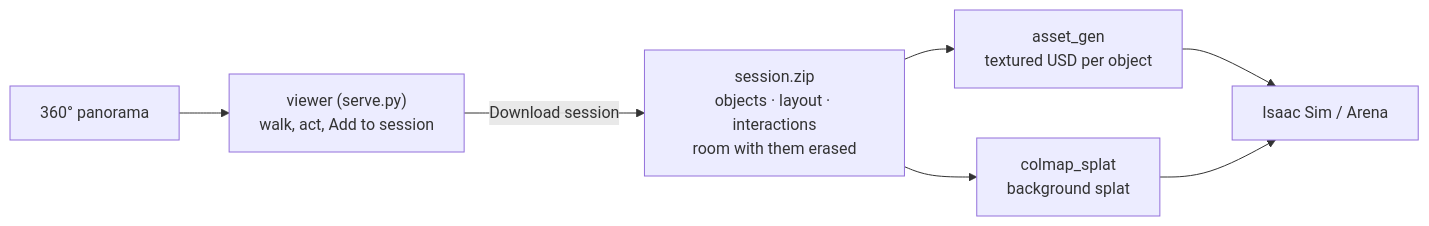
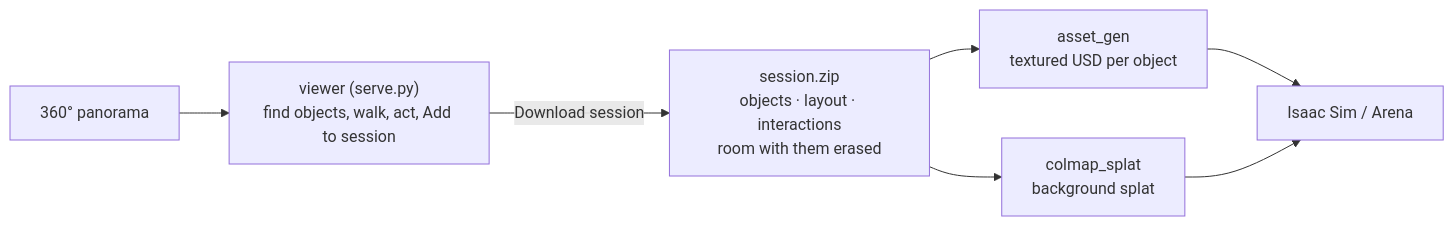
The diagram in sim/pano_ideate/README.md (cnboonhan/data-flywheel), drawn with Mermaid before and after one commit. The commit also changed other lines of this file and 5 other files, not shown here.

````diff
--- a/sim/pano_ideate/README.md
+++ b/sim/pano_ideate/README.md
@@ -7,9 +7,9 @@
 ```mermaid
 flowchart LR
-  P["360° panorama"] --> V["viewer (serve.py)<br/>walk, act, Add to session"]
+  P["360° panorama"] --> V["viewer (serve.py)<br/>find objects, walk, act, Add to session"]
   V -->|Download session| Z["session.zip<br/>objects · layout · interactions<br/>room with them erased"]
   Z --> A["asset_gen<br/>textured USD per object"]
   Z --> S["colmap_splat<br/>background splat"]
   A --> Sim["Isaac Sim / Arena"]
   S --> Sim
 ```
````
